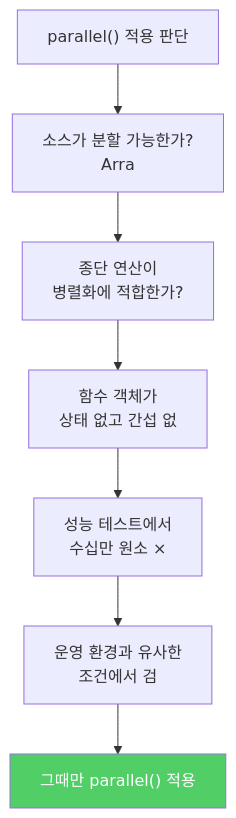
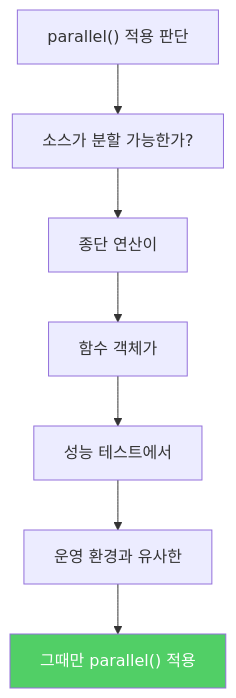
One commit to yjkim2015/yjkim2015.github.io changed the third of 3 diagrams in _posts/java/2022-01-24-effective-java48.md. Above: the diagram before and after it, drawn with Mermaid. The commit also changed other lines of this file and 217 other files, not shown here.

First line of the commit message:
Mermaid 크기 수정: useMaxWidth:true + SVG max-width:100% + 라벨 축소

````diff
--- a/_posts/java/2022-01-24-effective-java48.md
+++ b/_posts/java/2022-01-24-effective-java48.md
@@ -106,10 +106,10 @@
 ```mermaid
 graph TD
-    A["parallel() 적용 판단"] --> B["소스가 분할 가능한가?\nArra"]
-    B --> C["종단 연산이\n병렬화에 적합한가?"]
-    C --> D["함수 객체가\n상태 없고 간섭 없"]
-    D --> E["성능 테스트에서\n수십만 원소 ×"]
-    E --> F["운영 환경과 유사한\n조건에서 검"]
+    A["parallel() 적용 판단"] --> B["소스가 분할 가능한가?"]
+    B --> C["종단 연산이"]
+    C --> D["함수 객체가"]
+    D --> E["성능 테스트에서"]
+    E --> F["운영 환경과 유사한"]
     F --> G["그때만 parallel() 적용"]
     style G fill:#51cf66,color:#fff
 ```
````
